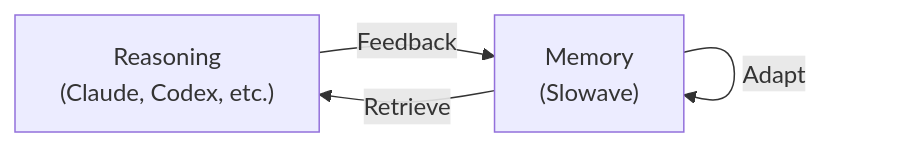
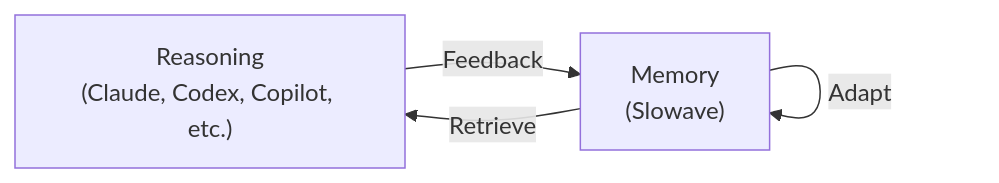
Before and after one commit to agent-memory-atlas-archive/slowave-ai--slowave: the first of 2 diagrams in README.md, drawn with Mermaid. The commit also changed other lines of this file and 12 other files, not shown here.

````diff
--- a/README.md
+++ b/README.md
@@ -32,9 +32,9 @@
 ```mermaid
 graph LR
-    LLM["Reasoning<br/>(Claude, Codex, etc.)"]
+    LLM["Reasoning<br/>(Claude, Codex, Copilot, etc.)"]
     MEM["Memory<br/>(Slowave)"]
     
     LLM -->|Feedback| MEM
     MEM -->|Retrieve| LLM
     MEM -->|Adapt| MEM
 ```
````
